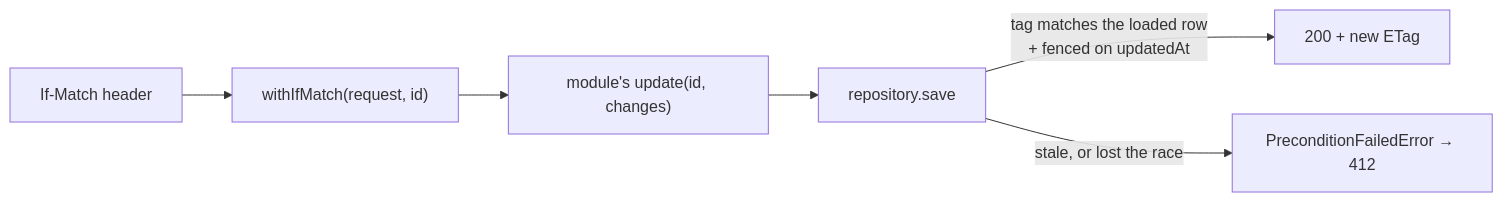
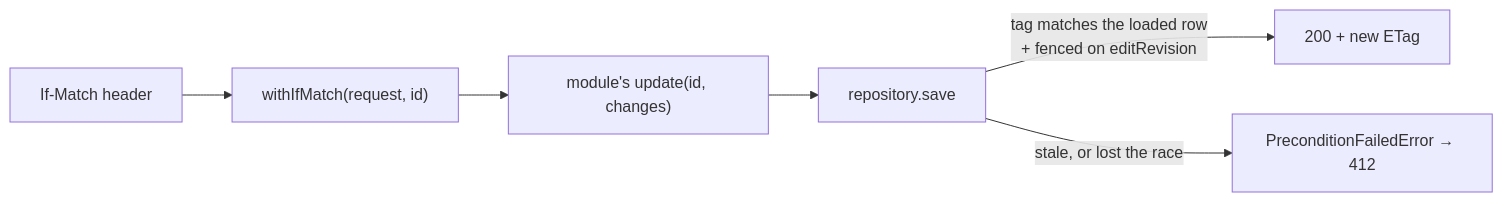
One commit to Guebbit/boilerplate-node-backend changed the fourth of 4 diagrams in docs/theory/request-flow.md. Above: the diagram before and after it, drawn with Mermaid. The commit also changed 24 other files, not shown here.

First line of the commit message:
feat(versioning): derive the ETag from an atomic per-row edit counter

````diff
--- a/docs/theory/request-flow.md
+++ b/docs/theory/request-flow.md
@@ -235,6 +235,6 @@
 ```mermaid
 flowchart LR
     H["If-Match header"] --> W["withIfMatch(request, id)"] --> U["module's update(id, changes)"] --> R["repository.save"]
-    R -->|"tag matches the loaded row<br/>+ fenced on updatedAt"| OK["200 + new ETag"]
+    R -->|"tag matches the loaded row<br/>+ fenced on editRevision"| OK["200 + new ETag"]
     R -->|"stale, or lost the race"| E["PreconditionFailedError → 412"]
 ```
````
